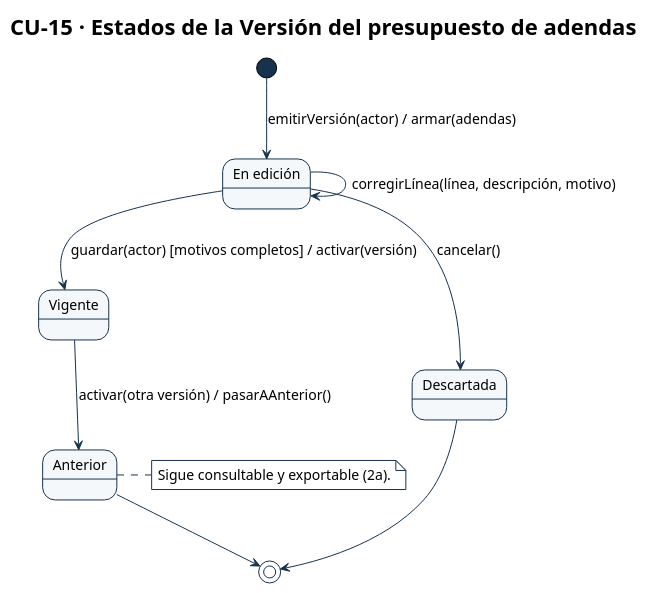
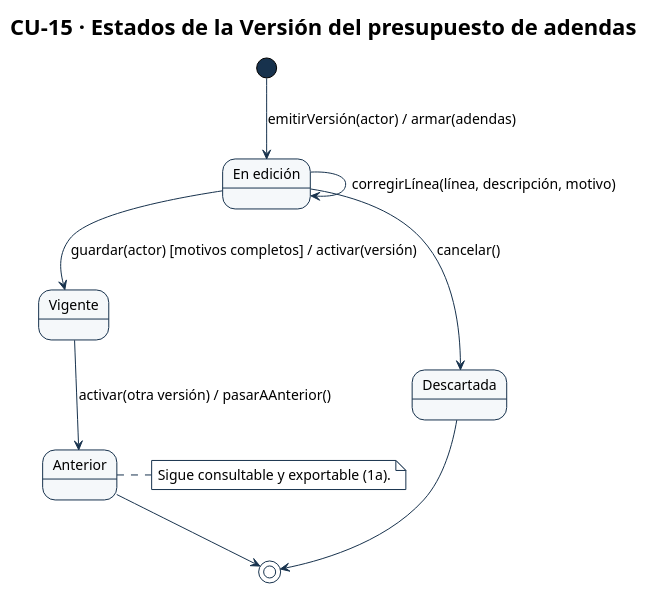
The diagram in diagramas/CU-15-estados.puml (Ssrrb/tpf-uca), drawn with PlantUML before and after one commit. The commit also changed 12 other files, not shown here.

```diff
--- a/diagramas/CU-15-estados.puml
+++ b/diagramas/CU-15-estados.puml
@@ -1,52 +1,52 @@
 @startuml
 !theme plain
 skinparam style strictuml
 skinparam shadowing false
 skinparam defaultFontName Arial
 skinparam defaultFontSize 14
 skinparam ArrowColor #17324D
 skinparam activity {
   StartColor #17324D
   EndColor #17324D
   BarColor #17324D
   BackgroundColor #F5F8FA
   BorderColor #17324D
   DiamondBackgroundColor #EAF2F6
   DiamondBorderColor #17324D
 }
 skinparam swimlane {
   BorderColor #17324D
   TitleBackgroundColor #EAF2F6
 }
 skinparam state {
   StartColor #17324D
   EndColor #17324D
   BackgroundColor #F5F8FA
   BorderColor #17324D
 }
 skinparam package {
   BackgroundColor #EAF2F6
   BorderColor #17324D
 }
 skinparam note {
   BackgroundColor #FFFFFF
   BorderColor #17324D
 }
 title CU-15 · Estados de la Versión del presupuesto de adendas
 state "En edición" as en_edicion
 state "Vigente" as vigente
 state "Anterior" as anterior
 state "Descartada" as descartada
 
 [*] --> en_edicion : emitirVersión(actor) / armar(adendas)
 en_edicion --> en_edicion : corregirLínea(línea, descripción, motivo)
 en_edicion --> vigente : guardar(actor) [motivos completos] / activar(versión)
 en_edicion --> descartada : cancelar()
 vigente --> anterior : activar(otra versión) / pasarAAnterior()
 anterior --> [*]
 descartada --> [*]
 
 note right of anterior
-  Sigue consultable y exportable (2a).
+  Sigue consultable y exportable (1a).
 end note
 @enduml
```
